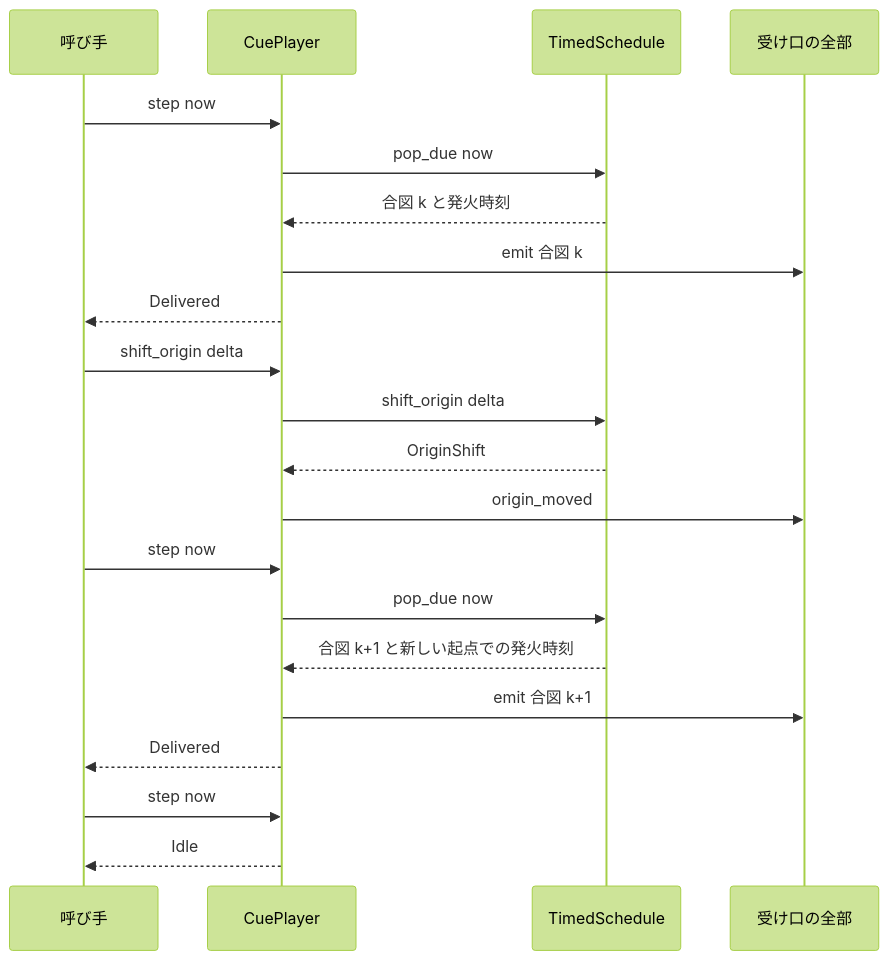
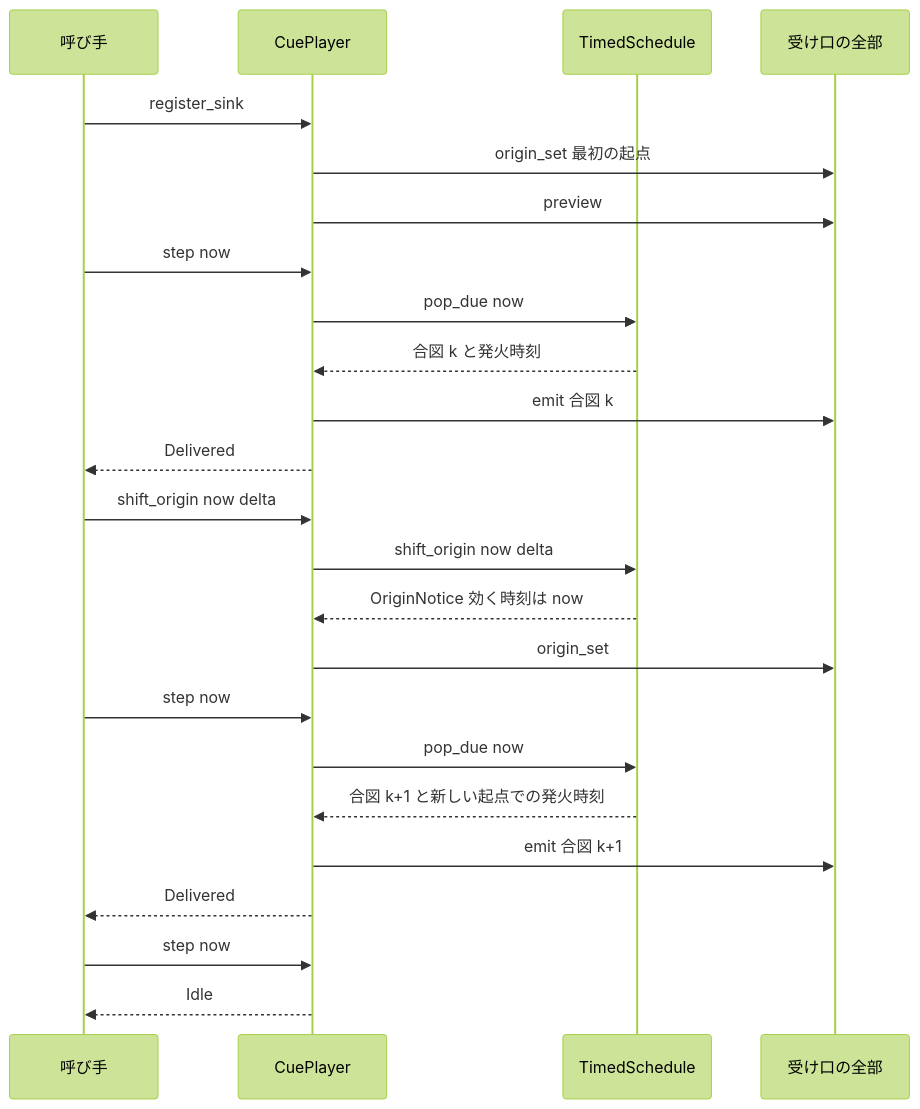
The second of 4 diagrams in .kiro/specs/dola-interrupt-ticks/design.md (ekicyou/areka), drawn with Mermaid (forest theme) before and after one commit. The commit also changed other lines of this file and 2 other files, not shown here.

````diff
--- a/.kiro/specs/dola-interrupt-ticks/design.md
+++ b/.kiro/specs/dola-interrupt-ticks/design.md
@@ -283,23 +294,26 @@
 ```mermaid
 sequenceDiagram
     participant Caller as 呼び手
     participant Player as CuePlayer
     participant Sched as TimedSchedule
     participant Sinks as 受け口の全部
+    Caller->>Player: register_sink
+    Player->>Sinks: origin_set 最初の起点
+    Player->>Sinks: preview
     Caller->>Player: step now
     Player->>Sched: pop_due now
     Sched-->>Player: 合図 k と発火時刻
     Player->>Sinks: emit 合図 k
     Player-->>Caller: Delivered
-    Caller->>Player: shift_origin delta
-    Player->>Sched: shift_origin delta
-    Sched-->>Player: OriginShift
-    Player->>Sinks: origin_moved
+    Caller->>Player: shift_origin now delta
+    Player->>Sched: shift_origin now delta
+    Sched-->>Player: OriginNotice 効く時刻は now
+    Player->>Sinks: origin_set
     Caller->>Player: step now
     Player->>Sched: pop_due now
     Sched-->>Player: 合図 k+1 と新しい起点での発火時刻
     Player->>Sinks: emit 合図 k+1
     Player-->>Caller: Delivered
     Caller->>Player: step now
     Player-->>Caller: Idle
 ```
````
